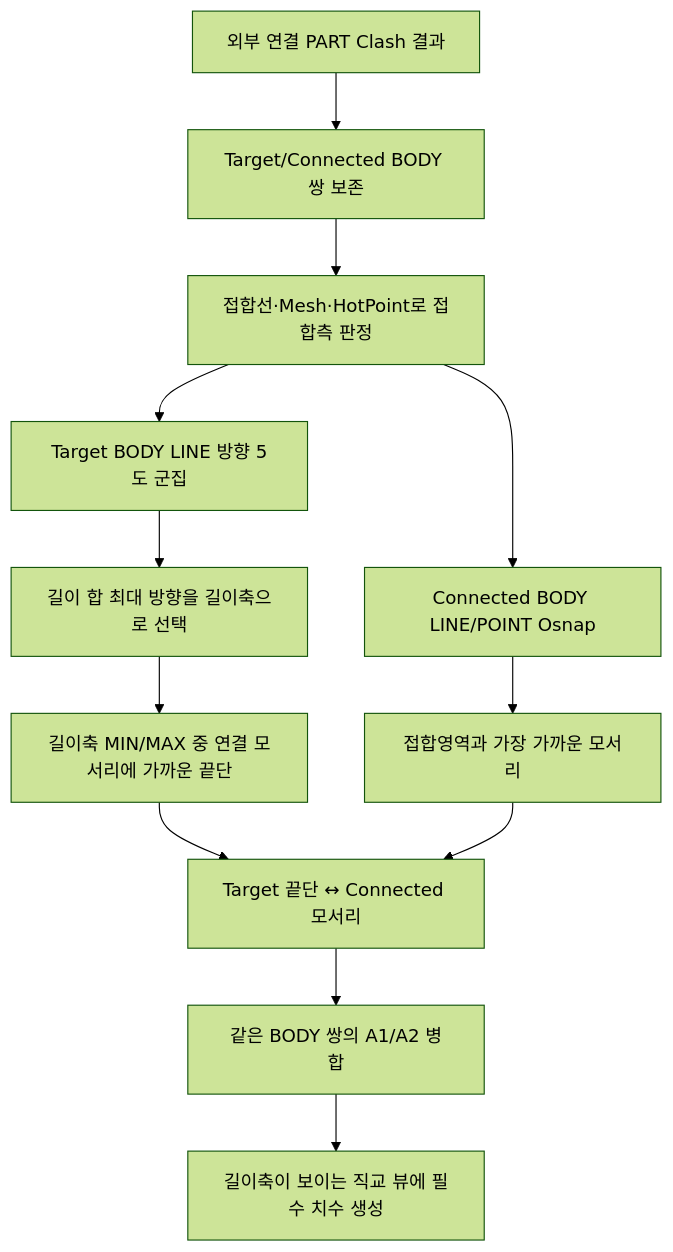
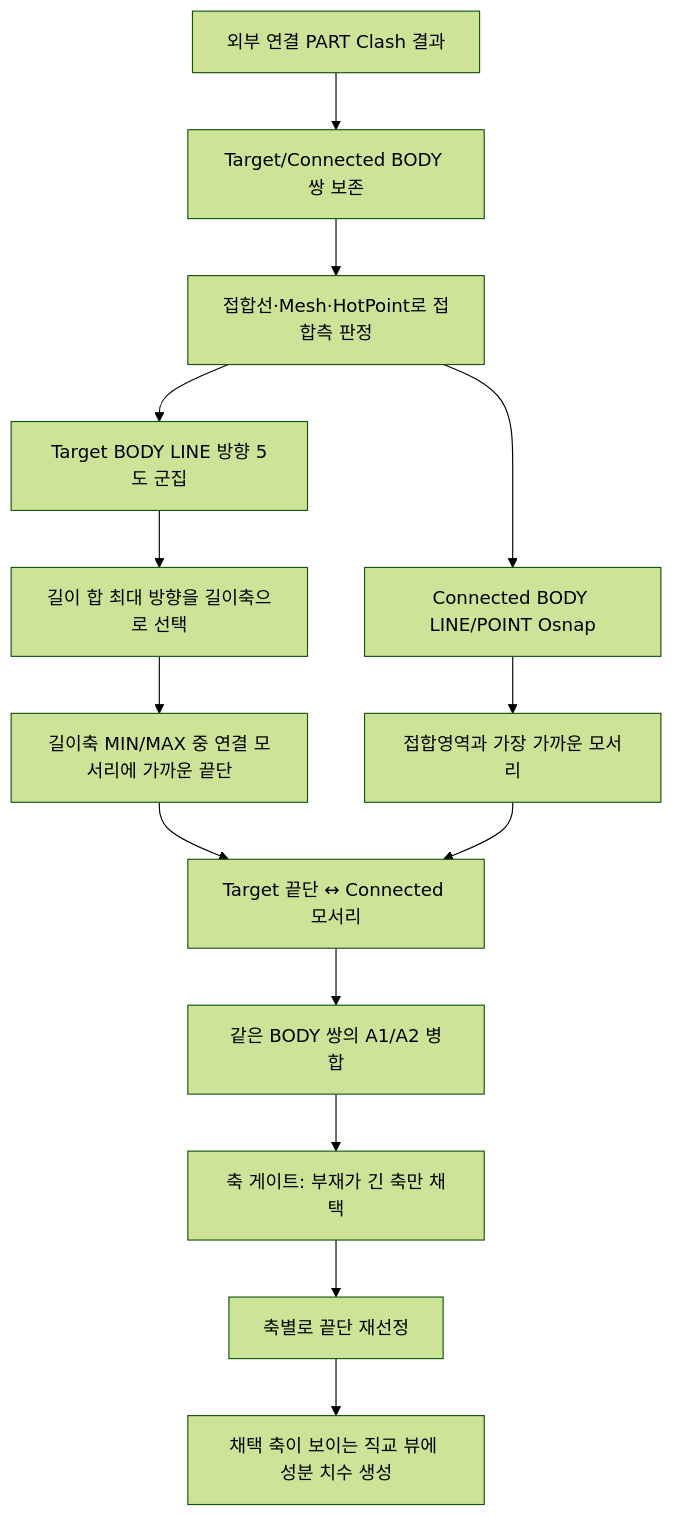
The diagram in docs/기능/치수/설치도 치수 추출.md (uuuuj/a2z), drawn with Mermaid (forest theme) before and after one commit. The commit also changed other lines of this file and 4 other files, not shown here.

````diff
--- a/docs/기능/치수/설치도 치수 추출.md
+++ b/docs/기능/치수/설치도 치수 추출.md
@@ -24,14 +24,16 @@
 ```mermaid
 flowchart TD
     A[외부 연결 PART Clash 결과] --> B[Target/Connected BODY 쌍 보존]
     B --> C[접합선·Mesh·HotPoint로 접합측 판정]
     C --> D[Target BODY LINE 방향 5도 군집]
     D --> E[길이 합 최대 방향을 길이축으로 선택]
     E --> F[길이축 MIN/MAX 중 연결 모서리에 가까운 끝단]
     C --> G[Connected BODY LINE/POINT Osnap]
     G --> H[접합영역과 가장 가까운 모서리]
     F --> I[Target 끝단 ↔ Connected 모서리]
     H --> I
     I --> J[같은 BODY 쌍의 A1/A2 병합]
-    J --> K[길이축이 보이는 직교 뷰에 필수 치수 생성]
+    J --> L[축 게이트: 부재가 긴 축만 채택]
+    L --> M[축별로 끝단 재선정]
+    M --> K[채택 축이 보이는 직교 뷰에 성분 치수 생성]
 ```
````
